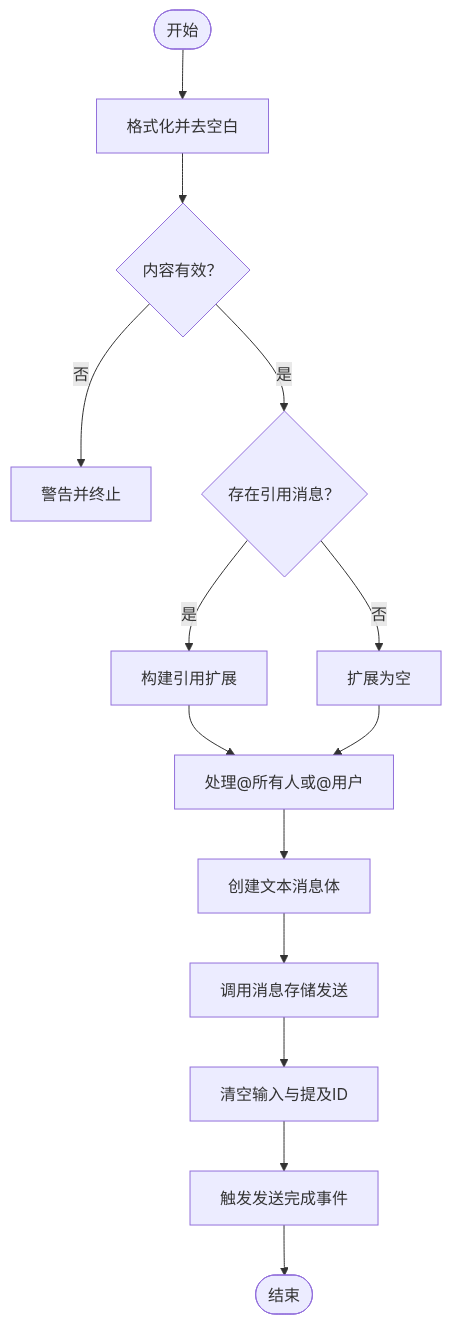
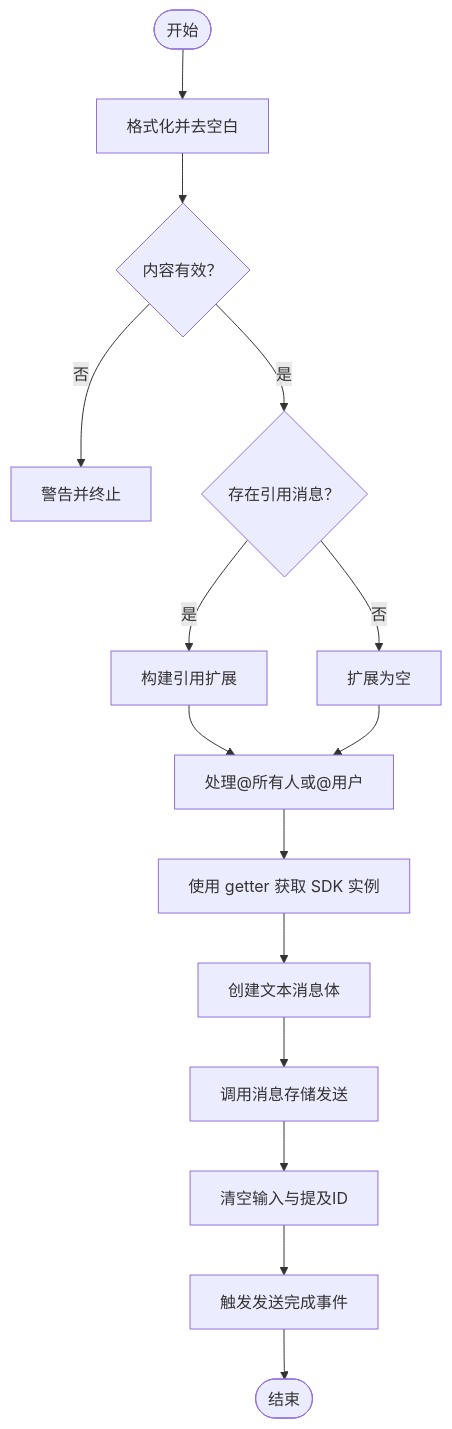
One commit to Easemob-Community/easemob-uikit-uniapp-community changed the third of 8 diagrams in .qoder/repowiki/zh/content/聊天模块/消息输入组件.md. Above: the diagram before and after it, drawn with Mermaid. The commit also changed other lines of this file and 10 other files, not shown here.

````diff
--- a/.qoder/repowiki/zh/content/聊天模块/消息输入组件.md
+++ b/.qoder/repowiki/zh/content/聊天模块/消息输入组件.md
@@ -151,16 +177,17 @@
 ```mermaid
 flowchart TD
 Start(["开始"]) --> Trim["格式化并去空白"]
 Trim --> Valid{"内容有效？"}
 Valid -- 否 --> Warn["警告并终止"]
 Valid -- 是 --> QuoteCheck{"存在引用消息？"}
 QuoteCheck -- 是 --> BuildExt["构建引用扩展"]
 QuoteCheck -- 否 --> NoQuote["扩展为空"]
 BuildExt --> Mention["处理@所有人或@用户"]
 NoQuote --> Mention
-Mention --> CreateMsg["创建文本消息体"]
+Mention --> GetSDK["使用 getter 获取 SDK 实例"]
+GetSDK --> CreateMsg["创建文本消息体"]
 CreateMsg --> Send["调用消息存储发送"]
 Send --> Clear["清空输入与提及ID"]
 Clear --> Emit["触发发送完成事件"]
 Emit --> End(["结束"])
 ```
````
